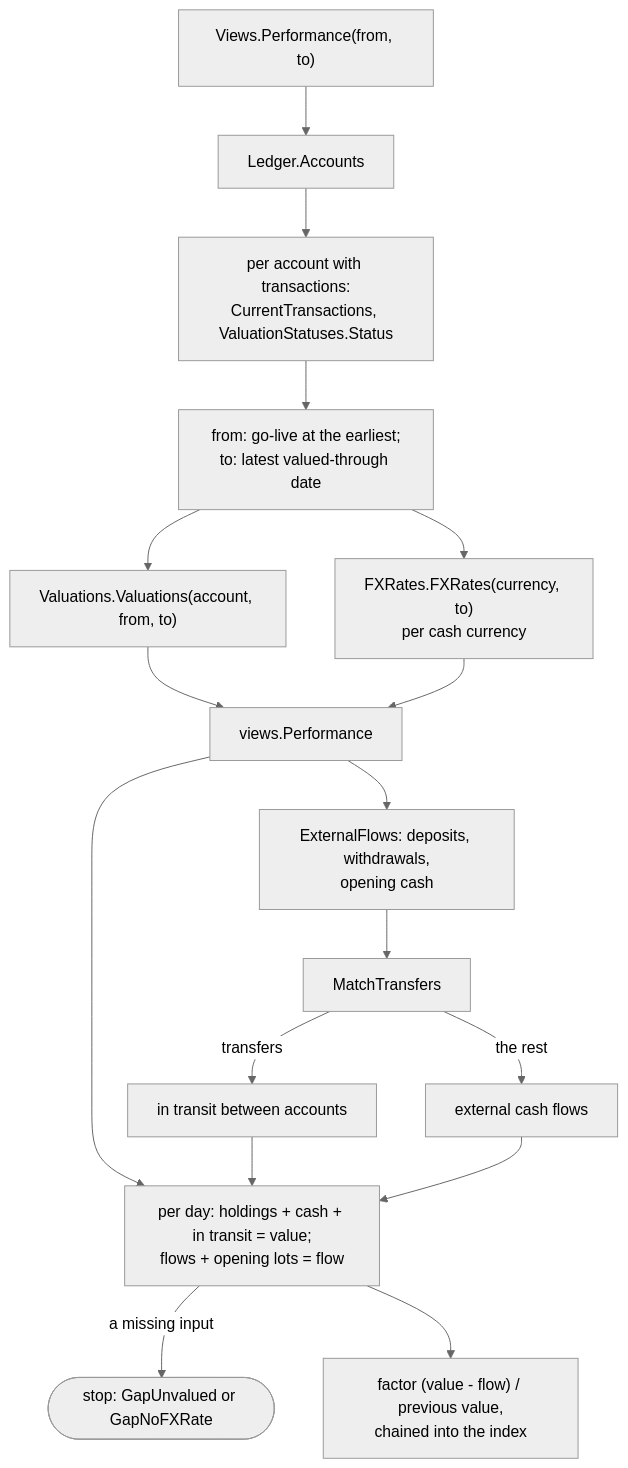
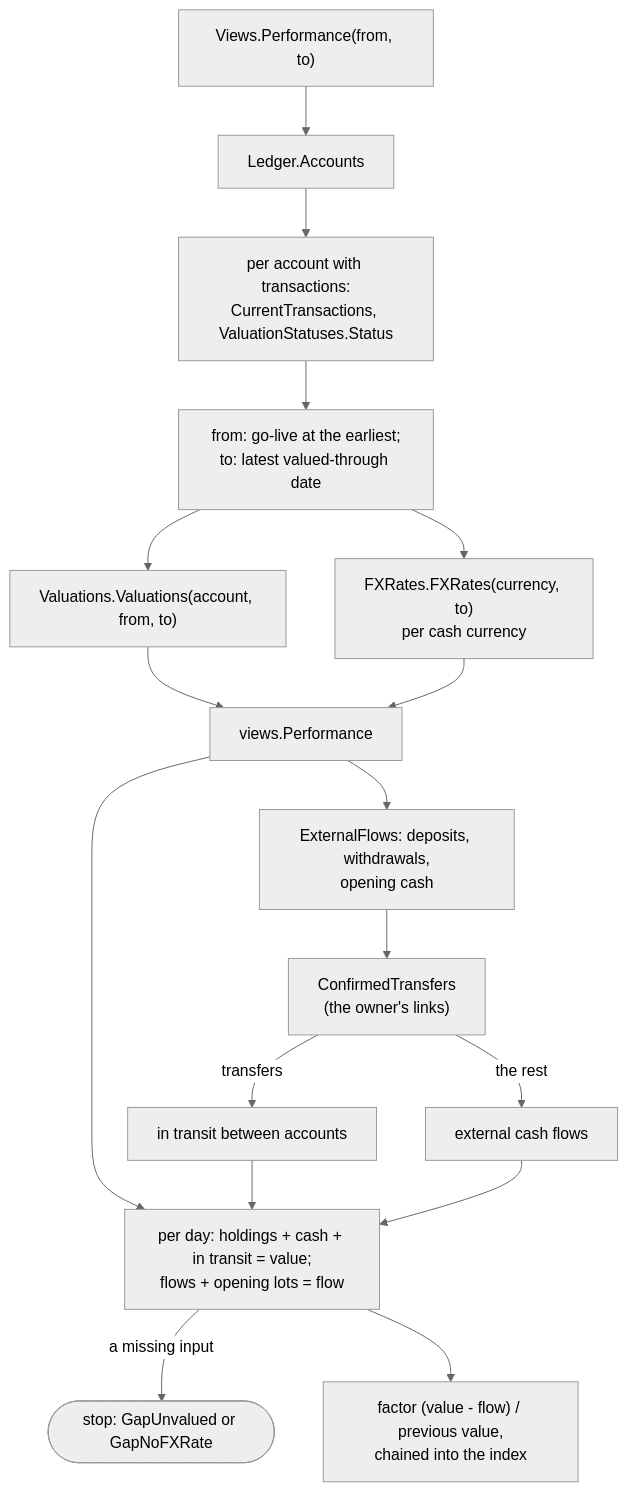
Before and after one commit to arkadiuss/openfief: the fourth of 4 diagrams in docs/concepts/read-api.md, drawn with Mermaid (neutral theme). The commit also changed other lines of this file and 241 other files, not shown here.

````diff
--- a/docs/concepts/read-api.md
+++ b/docs/concepts/read-api.md
@@ -204,17 +204,17 @@
 ```mermaid
 flowchart TD
   start["Views.Performance(from, to)"] --> accts["Ledger.Accounts"]
   accts --> each["per account with transactions:<br/>CurrentTransactions, ValuationStatuses.Status"]
   each --> range["from: go-live at the earliest;<br/>to: latest valued-through date"]
   range --> vals["Valuations.Valuations(account, from, to)"]
   range --> rates["FXRates.FXRates(currency, to)<br/>per cash currency"]
   vals & rates --> perf["views.Performance"]
   perf --> flows["ExternalFlows: deposits, withdrawals,<br/>opening cash"]
-  flows --> match["MatchTransfers"]
+  flows --> match["ConfirmedTransfers<br/>(the owner's links)"]
   match -- "transfers" --> transit["in transit between accounts"]
   match -- "the rest" --> ext["external cash flows"]
   perf --> days["per day: holdings + cash + in transit = value;<br/>flows + opening lots = flow"]
   transit & ext --> days
   days -- "a missing input" --> gap(["stop: GapUnvalued or GapNoFXRate"])
   days --> chain["factor (value - flow) / previous value,<br/>chained into the index"]
 ```
````
